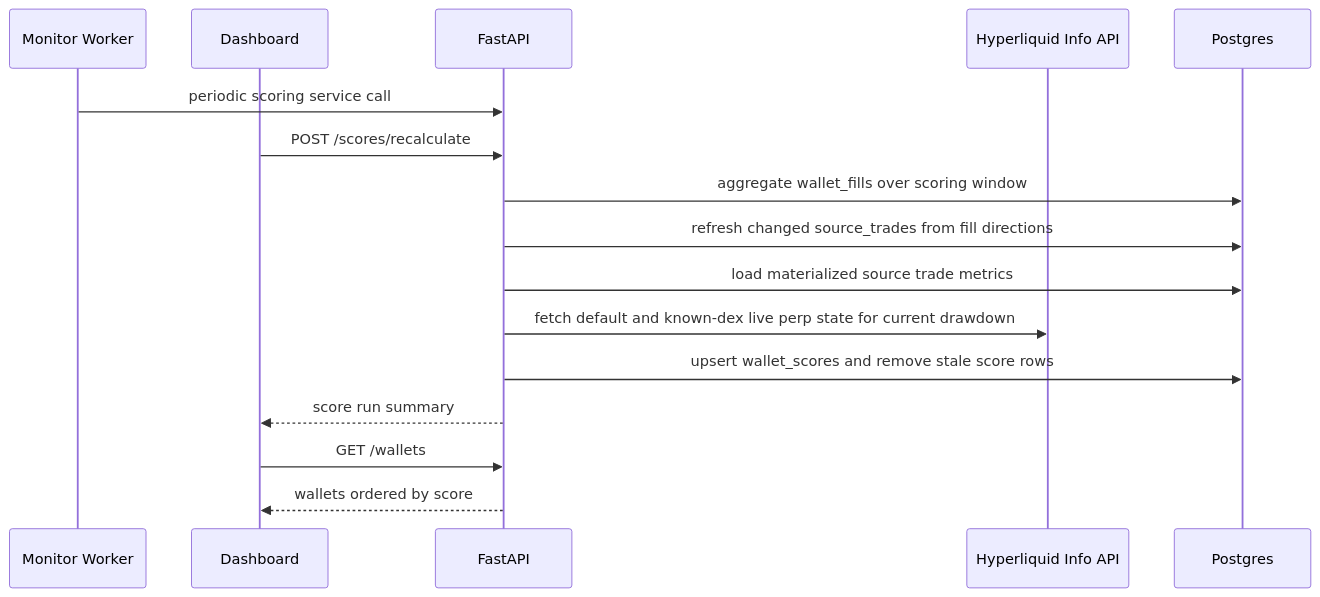
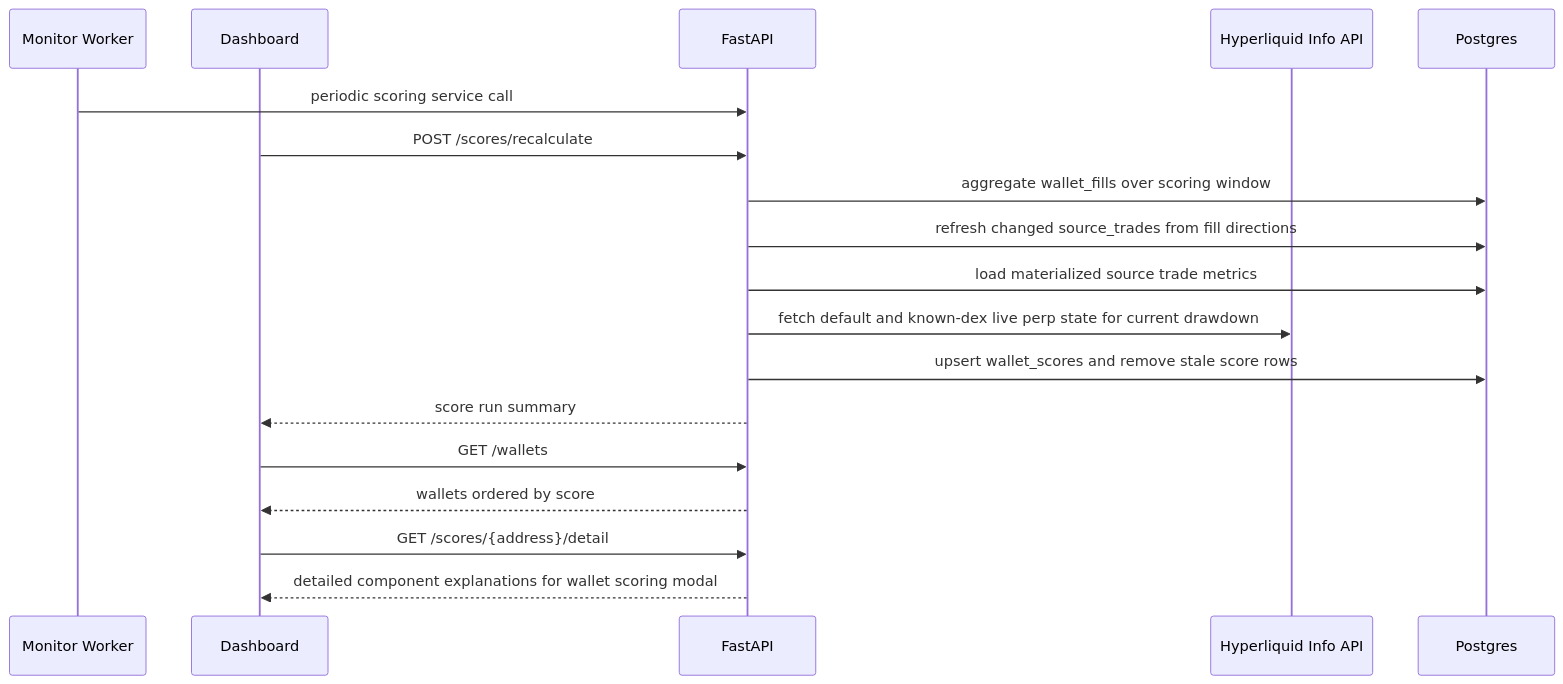
The fifth of 9 diagrams in docs/architecture.md (DrottPoker/copytrading-agent), drawn with Mermaid before and after one commit. The commit also changed other lines of this file and 13 other files, not shown here.

````diff
--- a/docs/architecture.md
+++ b/docs/architecture.md
@@ -281,19 +281,21 @@
 ```mermaid
 sequenceDiagram
   participant Worker as Monitor Worker
   participant UI as Dashboard
   participant API as FastAPI
   participant HL as Hyperliquid Info API
   participant DB as Postgres
 
   Worker->>API: periodic scoring service call
   UI->>API: POST /scores/recalculate
   API->>DB: aggregate wallet_fills over scoring window
   API->>DB: refresh changed source_trades from fill directions
   API->>DB: load materialized source trade metrics
   API->>HL: fetch default and known-dex live perp state for current drawdown
   API->>DB: upsert wallet_scores and remove stale score rows
   API-->>UI: score run summary
   UI->>API: GET /wallets
   API-->>UI: wallets ordered by score
+  UI->>API: GET /scores/{address}/detail
+  API-->>UI: detailed component explanations for wallet scoring modal
 ```
````
